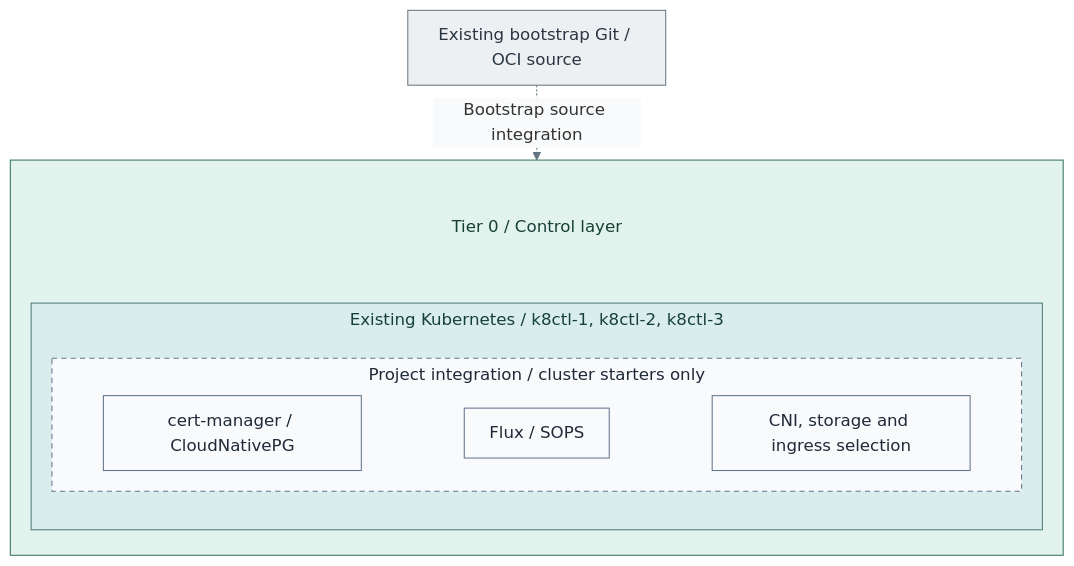
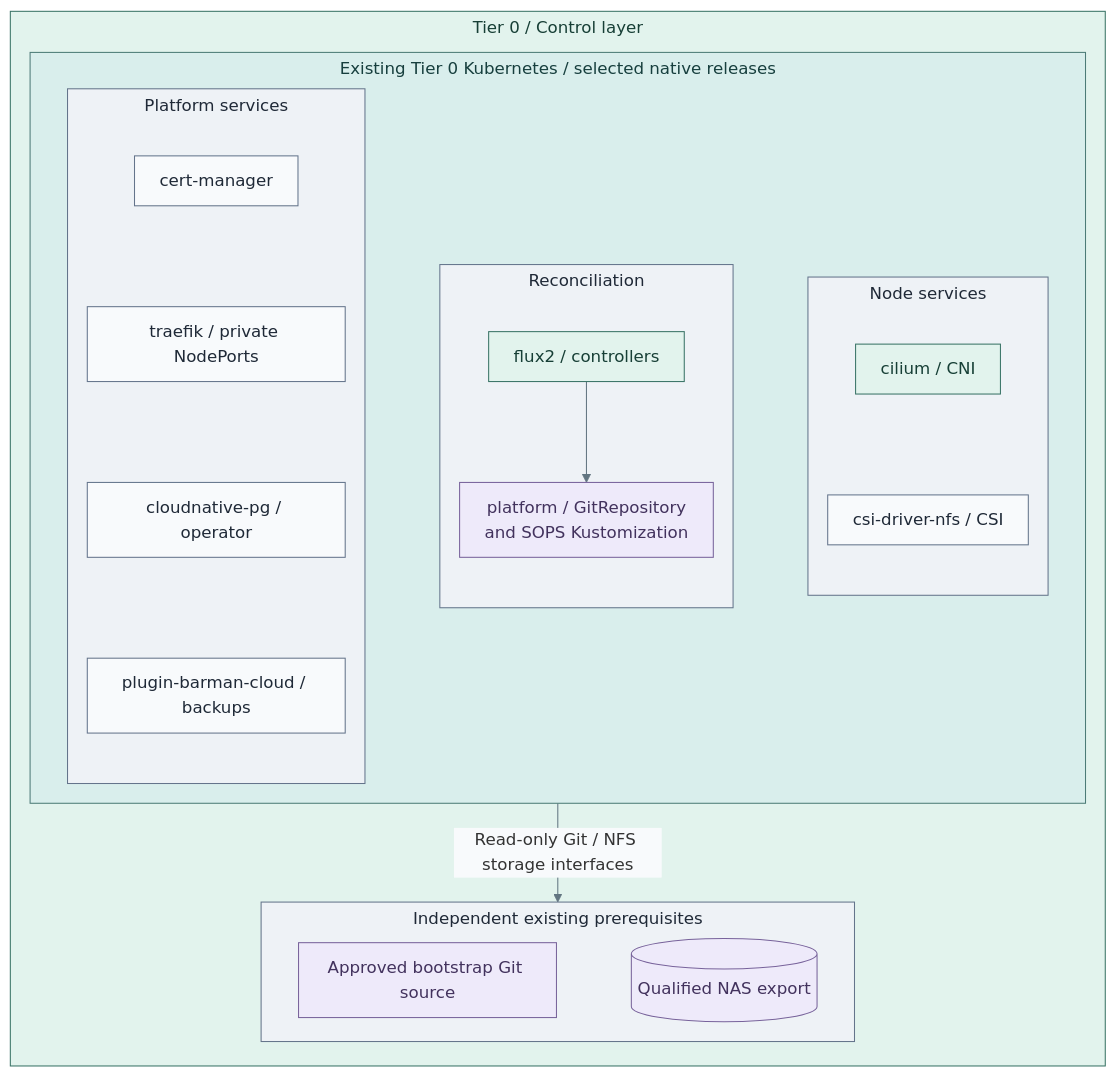
One commit to Rexus/homelab changed the second of 3 diagrams in docs/deployment/stage-4-kubernetes/README.md. Above: the diagram before and after it, drawn with Mermaid. The commit also changed other lines of this file and 353 other files, not shown here.

````diff
--- a/docs/deployment/stage-4-kubernetes/README.md
+++ b/docs/deployment/stage-4-kubernetes/README.md
@@ -87,32 +91,47 @@
 ```mermaid
-%%{init: {"theme":"base","flowchart":{"nodeSpacing":20,"rankSpacing":24,"padding":12,"subGraphTitleMargin":{"top":4,"bottom":12}},"themeVariables":{"lineColor":"#627581","edgeLabelBackground":"#f8fafc"}}}%%
+%%{init: {"theme":"base","flowchart":{"nodeSpacing":18,"rankSpacing":22,"padding":12,"subGraphTitleMargin":{"top":4,"bottom":12}},"themeVariables":{"lineColor":"#627581","edgeLabelBackground":"#f8fafc"}}}%%
 flowchart TB
-  Source["Existing bootstrap Git / OCI source"]
-  subgraph T0[" "]
+  subgraph T0["Tier 0 / Control layer"]
     direction TB
-    T0Title["Tier 0 / Control layer"]
-    subgraph Cluster["Existing Kubernetes / k8ctl-1, k8ctl-2, k8ctl-3"]
-      direction TB
-      subgraph Project["Project integration / cluster starters only"]
-        direction LR
-        Network["CNI, storage and ingress selection"]
-        Flux["Flux / SOPS"]
-        Base["cert-manager / CloudNativePG"]
-        Base ~~~ Flux ~~~ Network
+    subgraph Cluster["Existing Tier 0 Kubernetes / selected native releases"]
+      direction LR
+      subgraph Apps["Platform services"]
+        direction TB
+        TLS["cert-manager"]
+        Ingress["traefik / private NodePorts"]
+        Database["cloudnative-pg / operator"]
+        Backup["plugin-barman-cloud / backups"]
+        TLS ~~~ Ingress ~~~ Database ~~~ Backup
       end
+      subgraph Reconcile["Reconciliation"]
+        direction TB
+        Flux["flux2 / controllers"]
+        Source["platform / GitRepository<br/>and SOPS Kustomization"]
+        Flux --> Source
+      end
+      subgraph NodeServices["Node services"]
+        direction TB
+        Network["cilium / CNI"]
+        Storage["csi-driver-nfs / CSI"]
+        Network ~~~ Storage
+      end
+      Apps ~~~ Reconcile ~~~ NodeServices
     end
-    T0Title ~~~ Cluster
+    subgraph Existing["Independent existing prerequisites"]
+      direction LR
+      Git["Approved bootstrap Git source"]
+      NAS[("Qualified NAS export")]
+      Git ~~~ NAS
+    end
+    Cluster -->|Read-only Git / NFS storage interfaces| Existing
   end
-  Source -. Bootstrap source integration .-> T0
   classDef default fill:#f8fafc,stroke:#64748b,color:#1f2937
-  classDef actor fill:#edf0f3,stroke:#697682,color:#293642
   classDef control fill:#e2f3ed,stroke:#397366,color:#173f36
-  classDef controlHeading fill:#e2f3ed,stroke:#e2f3ed,color:#173f36
   classDef runtime fill:#d9eeec,stroke:#4d7b77,color:#173f3e
-  classDef replicas fill:#f8fafc,stroke:#64748b,color:#1f2937,stroke-dasharray:5 4
-  class T0 control
-  class T0Title controlHeading
+  classDef boundary fill:#eef2f6,stroke:#64748b,color:#1f2937
+  classDef data fill:#eeeafa,stroke:#78639b,color:#42325d
+  class T0,Flux,Network control
   class Cluster runtime
-  class Project replicas
-  class Source actor
+  class Apps,Reconcile,NodeServices,Existing boundary
+  class Source,Git,NAS data
 ```
````
